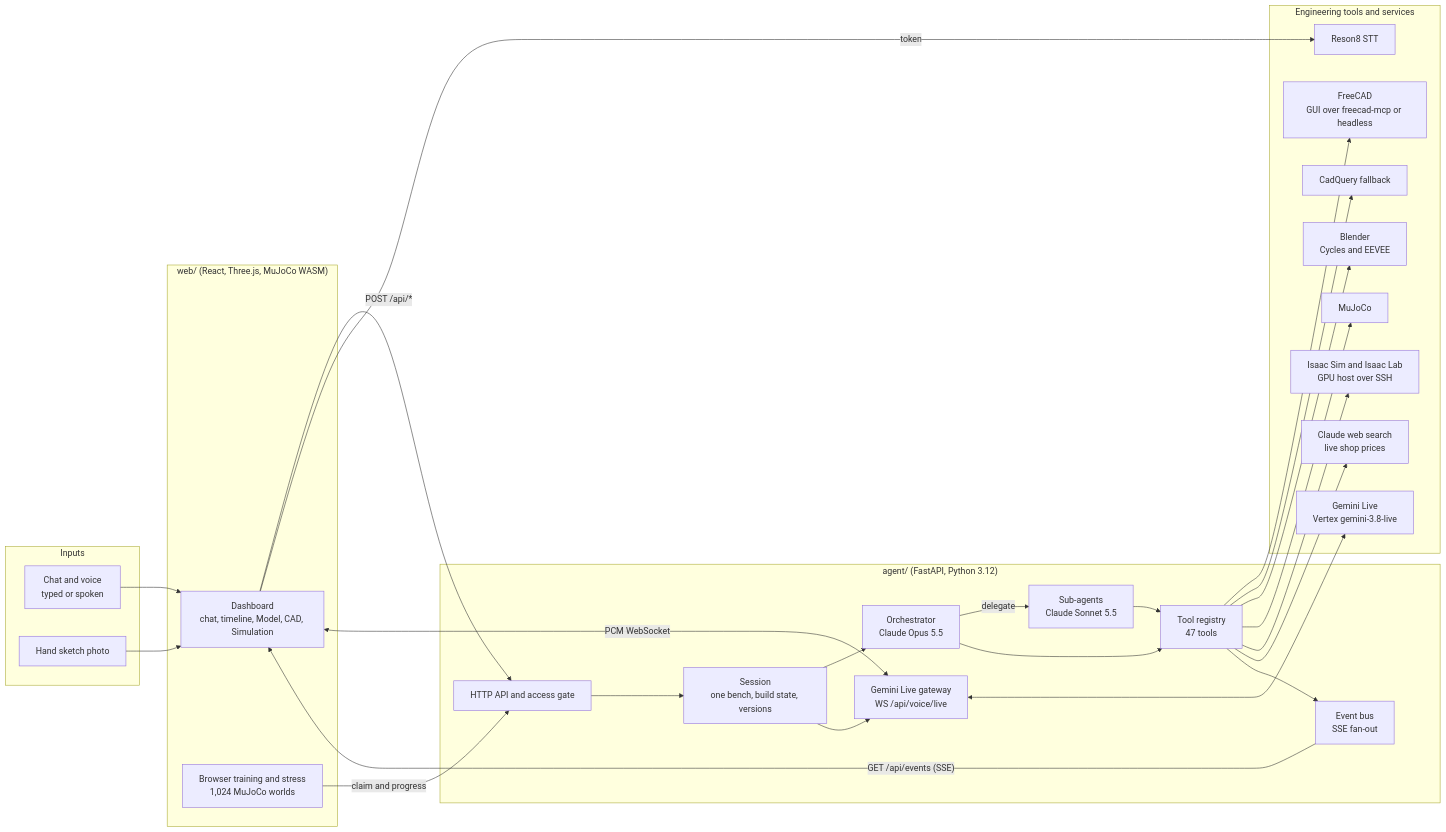
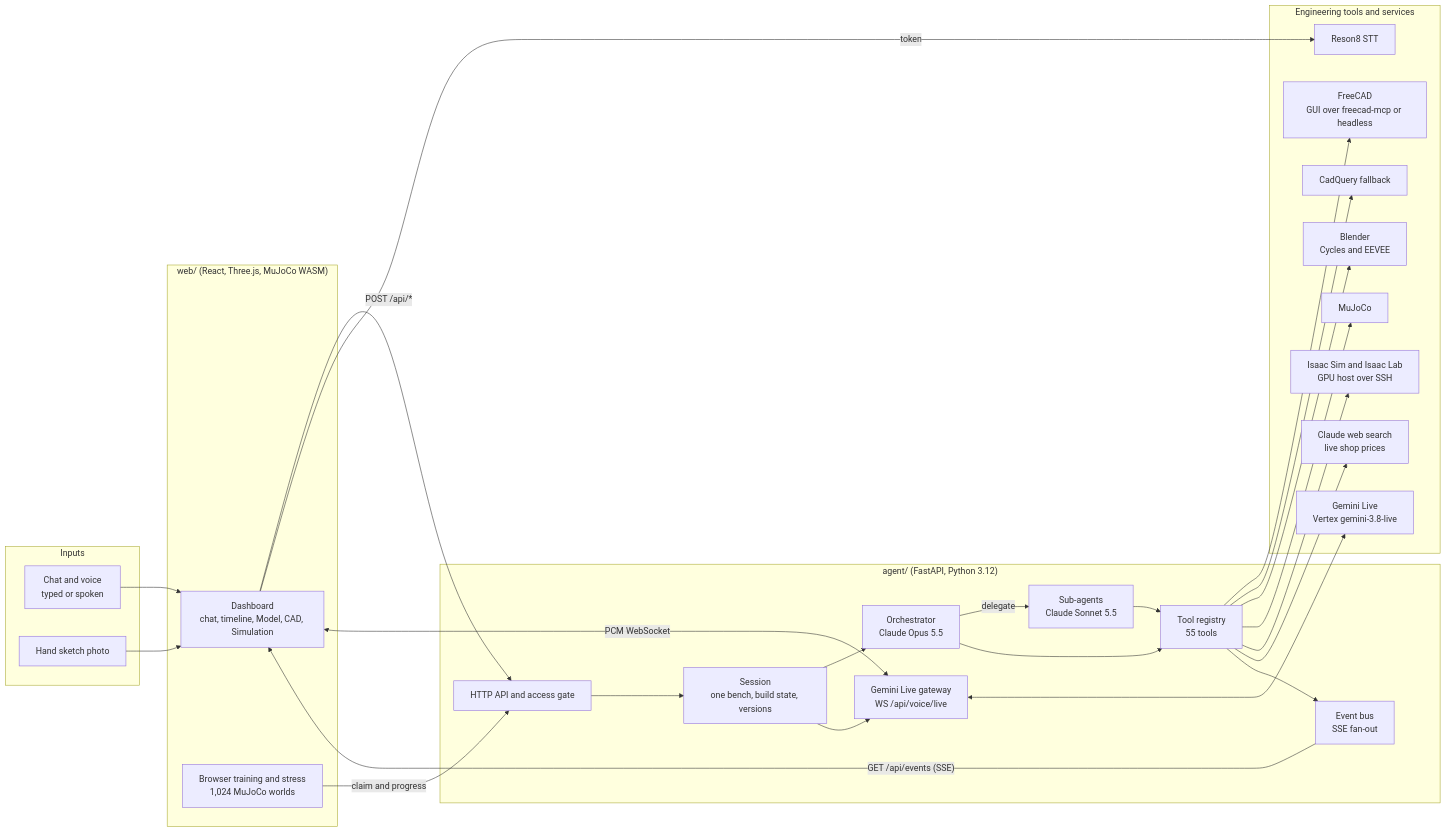
Before and after one commit to AnyBuildhackathon/bauplan: the first of 3 diagrams in docs/ARCHITECTURE.md, drawn with Mermaid. The commit also changed other lines of this file and 12 other files, not shown here.

````diff
--- a/docs/ARCHITECTURE.md
+++ b/docs/ARCHITECTURE.md
@@ -9,55 +9,55 @@
 ```mermaid
 flowchart LR
     subgraph Inputs
         U[Chat and voice<br/>typed or spoken]
         S[Hand sketch photo]
     end
 
     subgraph Web["web/ (React, Three.js, MuJoCo WASM)"]
         UI[Dashboard<br/>chat, timeline, Model, CAD, Simulation]
         BT[Browser training and stress<br/>1,024 MuJoCo worlds]
     end
 
     subgraph Backend["agent/ (FastAPI, Python 3.12)"]
         API[HTTP API and access gate]
         SES[Session<br/>one bench, build state, versions]
         ORC[Orchestrator<br/>Claude Opus 5.5]
         SUB[Sub-agents<br/>Claude Sonnet 5.5]
         GLV[Gemini Live gateway<br/>WS /api/voice/live]
-        REG[Tool registry<br/>47 tools]
+        REG[Tool registry<br/>55 tools]
         BUS[Event bus<br/>SSE fan-out]
     end
 
     subgraph External["Engineering tools and services"]
         FC[FreeCAD<br/>GUI over freecad-mcp or headless]
         CQ[CadQuery fallback]
         BL[Blender<br/>Cycles and EEVEE]
         MJ[MuJoCo]
         IS[Isaac Sim and Isaac Lab<br/>GPU host over SSH]
         R8[Reson8 STT]
         GL[Gemini Live<br/>Vertex gemini-3.8-live]
         WS[Claude web search<br/>live shop prices]
     end
 
     U --> UI
     S --> UI
     UI -- "POST /api/*" --> API
     API --> SES
     SES --> ORC
     SES --> GLV
     ORC -- delegate --> SUB
     ORC --> REG
     SUB --> REG
     REG --> FC
     REG --> CQ
     REG --> BL
     REG --> MJ
     REG --> IS
     REG --> WS
     REG --> BUS
     GLV <--> GL
     BUS -- "GET /api/events (SSE)" --> UI
     UI -- "token" --> R8
     UI <-- "PCM WebSocket" --> GLV
     BT -- "claim and progress" --> API
 ```
````
